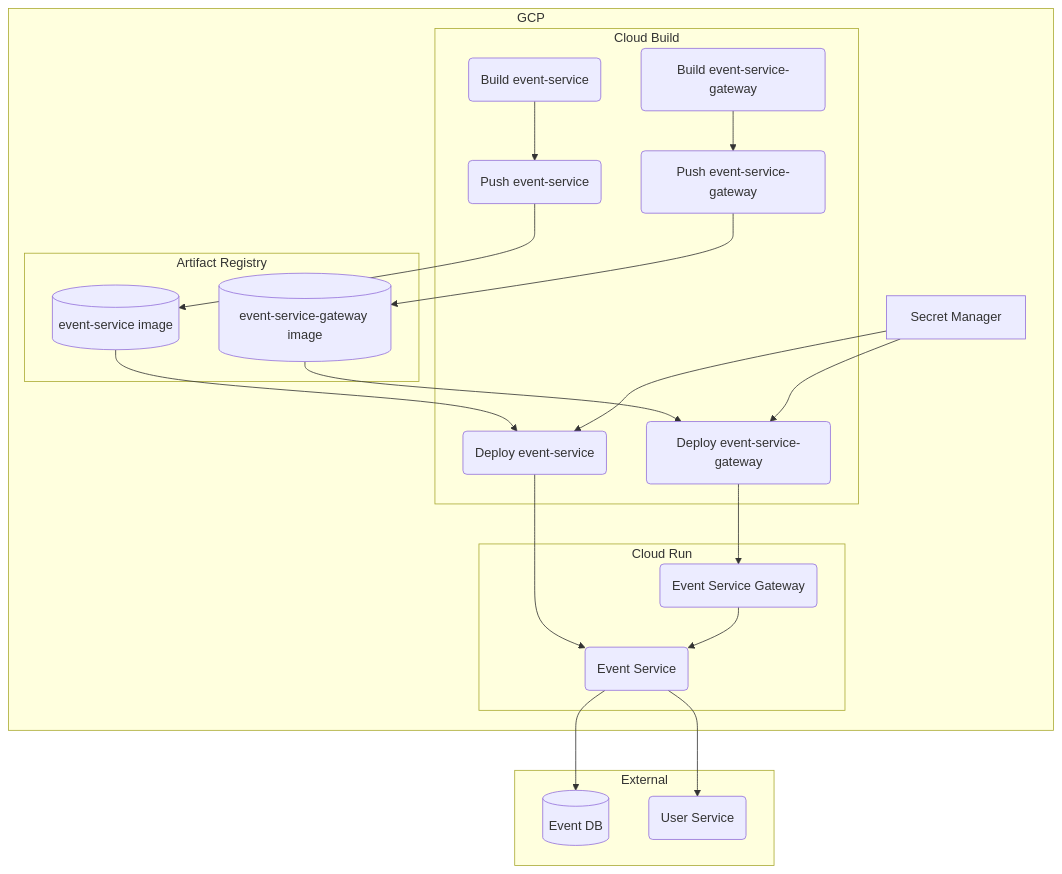
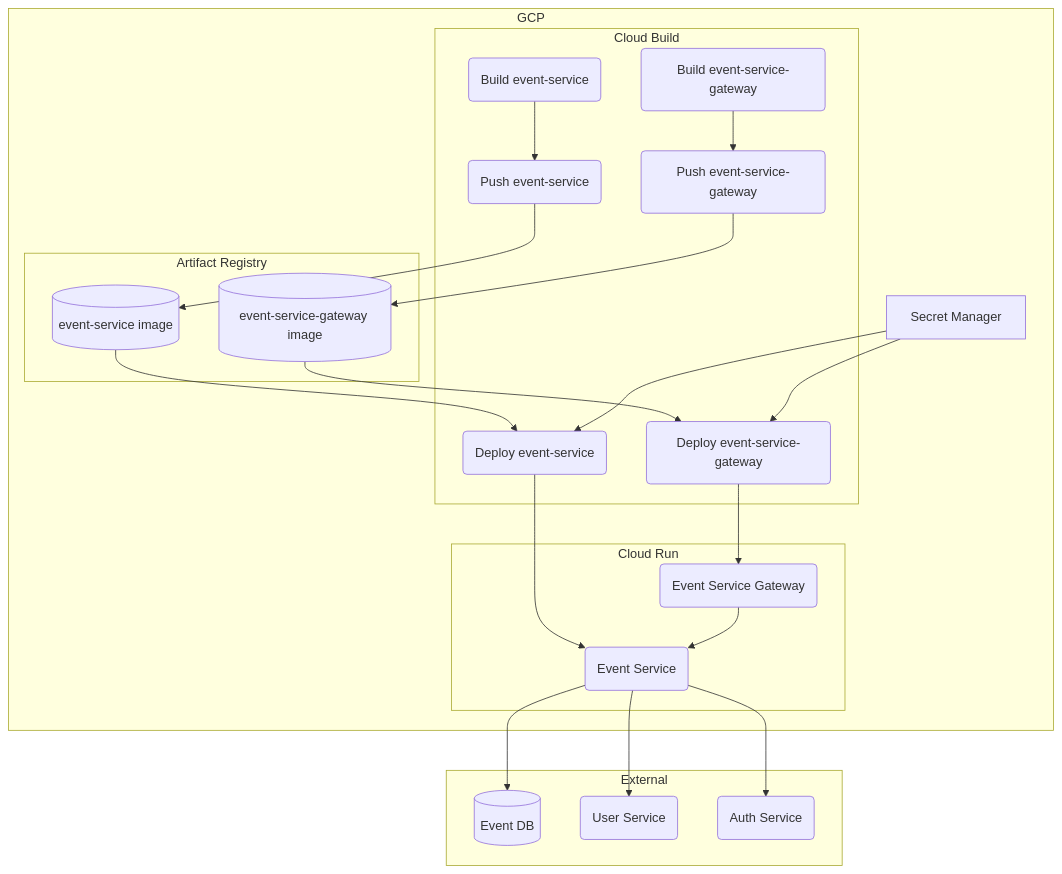
Before and after one commit to qkitzero/event-service: the diagram in README.md, drawn with Mermaid.

Commit message:
update: readme (#66)

````diff
--- a/README.md
+++ b/README.md
@@ -19,45 +19,47 @@
 ```mermaid
 flowchart TD
     subgraph gcp[GCP]
         secret_manager[Secret Manager]
 
         subgraph cloud_build[Cloud Build]
             build_event_service(Build event-service)
             push_event_service(Push event-service)
             deploy_event_service(Deploy event-service)
 
             build_event_service_gateway(Build event-service-gateway)
             push_event_service_gateway(Push event-service-gateway)
             deploy_event_service_gateway(Deploy event-service-gateway)
         end
 
 
         subgraph artifact_registry[Artifact Registry]
             event_service_image[(event-service image)]
             event_service_gateway_image[(event-service-gateway image)]
         end
 
         subgraph cloud_run[Cloud Run]
             event_service(Event Service)
             event_service_gateway(Event Service Gateway)
         end
     end
 
     subgraph external[External]
         event_db[(Event DB)]
         user_service(User Service)
+        auth_service(Auth Service)
     end
 
     build_event_service --> push_event_service --> event_service_image
     build_event_service_gateway --> push_event_service_gateway --> event_service_gateway_image
 
     event_service_image --> deploy_event_service --> event_service
     event_service_gateway_image --> deploy_event_service_gateway --> event_service_gateway
 
     secret_manager --> deploy_event_service
     secret_manager --> deploy_event_service_gateway
 
     event_service_gateway --> event_service
     event_service --> event_db
     event_service --> user_service
+    event_service --> auth_service
 ```
````
